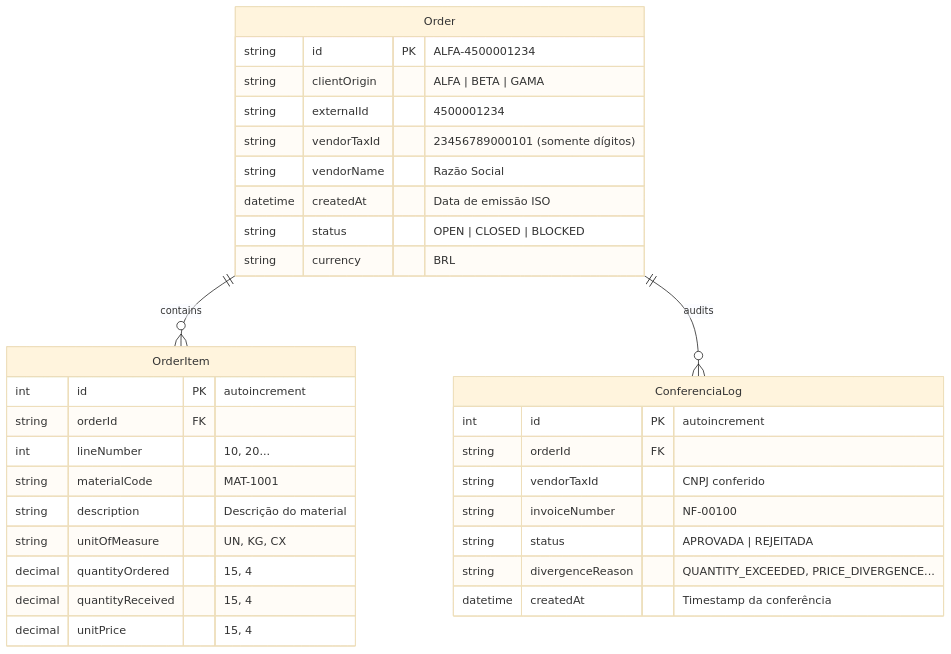
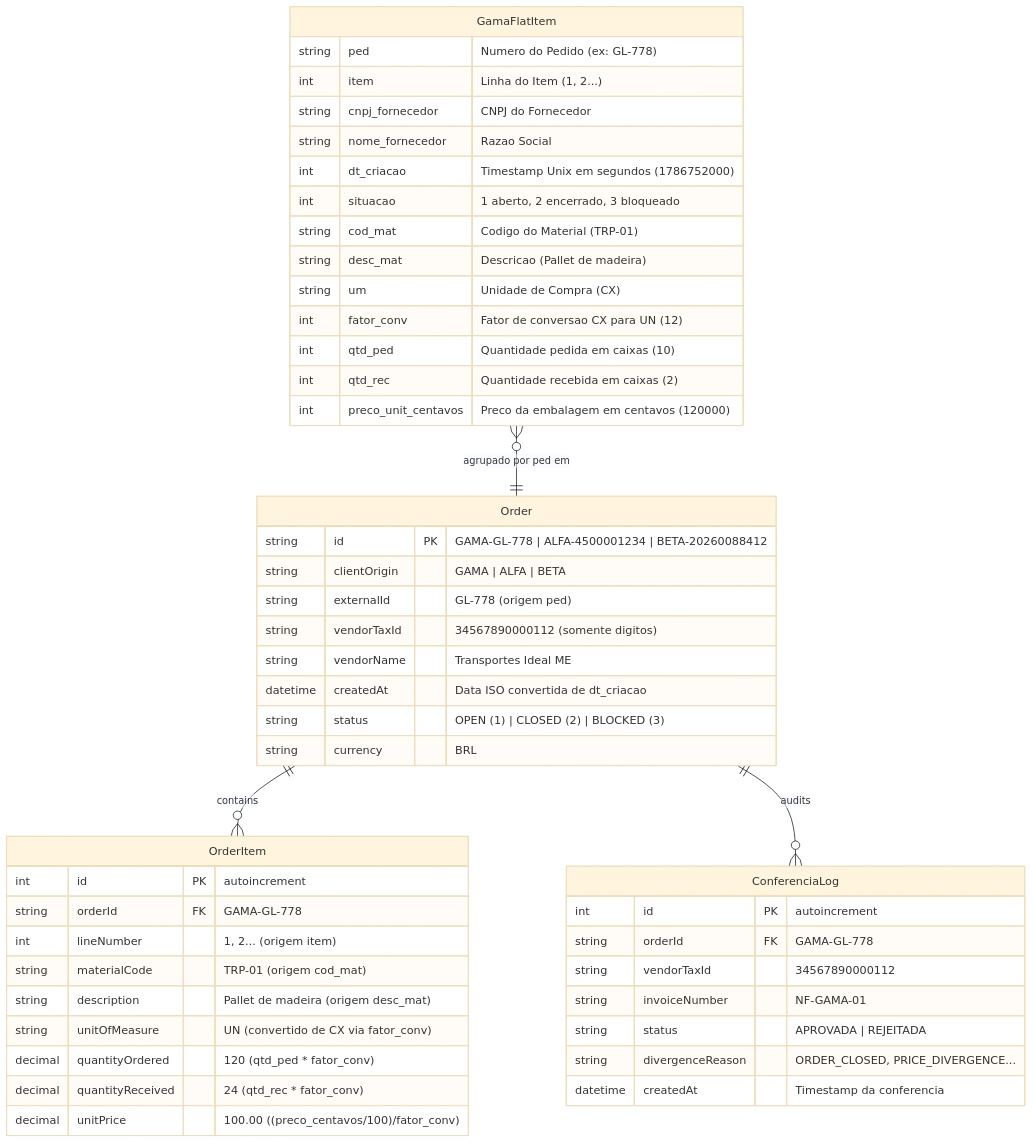
The second of 2 diagrams in README.md (Emilly-Pinheiro/Desafio-V360-Conector-de-Pedidos-de-Compra-), drawn with Mermaid (base theme) before and after one commit. The commit also changed other lines of this file, not shown here.

````diff
--- a/README.md
+++ b/README.md
@@ -66,38 +98,55 @@
 ```mermaid
 erDiagram
+    GamaFlatItem }o--|| Order : "agrupado por ped em"
     Order ||--o{ OrderItem : contains
     Order ||--o{ ConferenciaLog : audits
 
+    GamaFlatItem {
+        string ped "Numero do Pedido (ex: GL-778)"
+        int item "Linha do Item (1, 2...)"
+        string cnpj_fornecedor "CNPJ do Fornecedor"
+        string nome_fornecedor "Razao Social"
+        int dt_criacao "Timestamp Unix em segundos (1786752000)"
+        int situacao "1 aberto, 2 encerrado, 3 bloqueado"
+        string cod_mat "Codigo do Material (TRP-01)"
+        string desc_mat "Descricao (Pallet de madeira)"
+        string um "Unidade de Compra (CX)"
+        int fator_conv "Fator de conversao CX para UN (12)"
+        int qtd_ped "Quantidade pedida em caixas (10)"
+        int qtd_rec "Quantidade recebida em caixas (2)"
+        int preco_unit_centavos "Preco da embalagem em centavos (120000)"
+    }
+
     Order {
-        string id PK "ALFA-4500001234"
-        string clientOrigin "ALFA | BETA | GAMA"
-        string externalId "4500001234"
-        string vendorTaxId "23456789000101 (somente dígitos)"
-        string vendorName "Razão Social"
-        datetime createdAt "Data de emissão ISO"
-        string status "OPEN | CLOSED | BLOCKED"
+        string id PK "GAMA-GL-778 | ALFA-4500001234 | BETA-20260088412"
+        string clientOrigin "GAMA | ALFA | BETA"
+        string externalId "GL-778 (origem ped)"
+        string vendorTaxId "34567890000112 (somente digitos)"
+        string vendorName "Transportes Ideal ME"
+        datetime createdAt "Data ISO convertida de dt_criacao"
+        string status "OPEN (1) | CLOSED (2) | BLOCKED (3)"
         string currency "BRL"
     }
 
     OrderItem {
         int id PK "autoincrement"
-        string orderId FK
-        int lineNumber "10, 20..."
-        string materialCode "MAT-1001"
-        string description "Descrição do material"
-        string unitOfMeasure "UN, KG, CX"
-        decimal quantityOrdered "15, 4"
-        decimal quantityReceived "15, 4"
-        decimal unitPrice "15, 4"
+        string orderId FK "GAMA-GL-778"
+        int lineNumber "1, 2... (origem item)"
+        string materialCode "TRP-01 (origem cod_mat)"
+        string description "Pallet de madeira (origem desc_mat)"
+        string unitOfMeasure "UN (convertido de CX via fator_conv)"
+        decimal quantityOrdered "120 (qtd_ped * fator_conv)"
+        decimal quantityReceived "24 (qtd_rec * fator_conv)"
+        decimal unitPrice "100.00 ((preco_centavos/100)/fator_conv)"
     }
 
     ConferenciaLog {
         int id PK "autoincrement"
-        string orderId FK
-        string vendorTaxId "CNPJ conferido"
-        string invoiceNumber "NF-00100"
+        string orderId FK "GAMA-GL-778"
+        string vendorTaxId "34567890000112"
+        string invoiceNumber "NF-GAMA-01"
         string status "APROVADA | REJEITADA"
-        string divergenceReason "QUANTITY_EXCEEDED, PRICE_DIVERGENCE..."
-        datetime createdAt "Timestamp da conferência"
+        string divergenceReason "ORDER_CLOSED, PRICE_DIVERGENCE..."
+        datetime createdAt "Timestamp da conferencia"
     }
 ```
````
